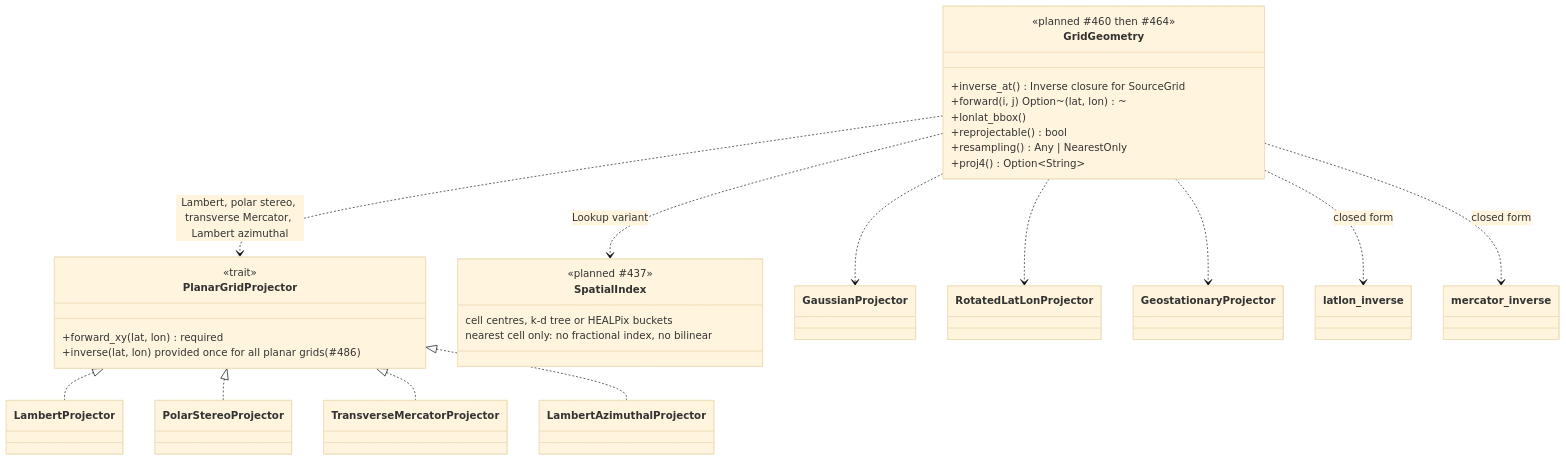
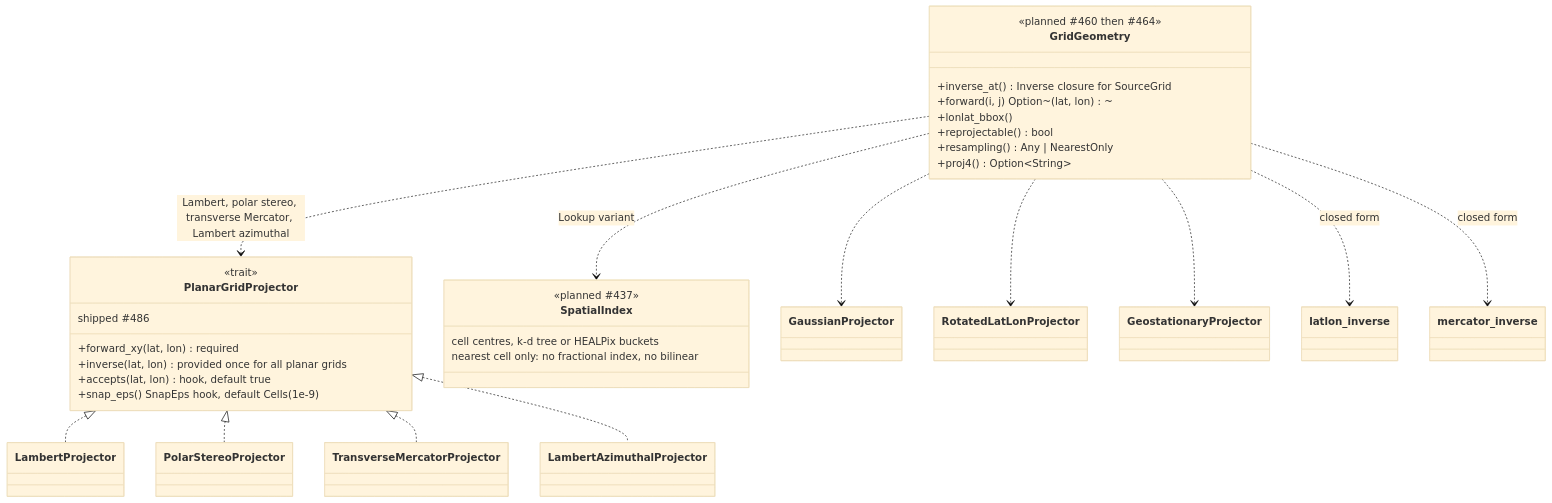
Before and after one commit to D0ubleD0uble/fieldglass: the first of 5 diagrams in docs/architecture/planned/02-trait-seams.md, drawn with Mermaid (base theme). The commit also changed other lines of this file and 1 other file, not shown here.

First line of the commit message:
test(core): one table drives every planar-inverse check; cover asymmetric spacing

````diff
--- a/docs/architecture/planned/02-trait-seams.md
+++ b/docs/architecture/planned/02-trait-seams.md
@@ -19,34 +19,37 @@
 ```mermaid
 classDiagram
     class GridGeometry {
         <<planned #460 then #464>>
         +inverse_at() Inverse closure for SourceGrid
         +forward(i, j) Option~(lat, lon)~
         +lonlat_bbox()
         +reprojectable() bool
         +resampling() Any | NearestOnly
         +proj4() Option~String~
     }
     class PlanarGridProjector {
         <<trait>>
+        shipped #486
         +forward_xy(lat, lon) required
-        +inverse(lat, lon) provided once for all planar grids (#486)
+        +inverse(lat, lon) provided once for all planar grids
+        +accepts(lat, lon) hook, default true
+        +snap_eps() SnapEps hook, default Cells(1e-9)
     }
     class SpatialIndex {
         <<planned #437>>
         cell centres, k-d tree or HEALPix buckets
         nearest cell only: no fractional index, no bilinear
     }
 
     GridGeometry ..> PlanarGridProjector : Lambert, polar stereo, transverse Mercator, Lambert azimuthal
     GridGeometry ..> GaussianProjector
     GridGeometry ..> RotatedLatLonProjector
     GridGeometry ..> GeostationaryProjector
     GridGeometry ..> latlon_inverse : closed form
     GridGeometry ..> mercator_inverse : closed form
     GridGeometry ..> SpatialIndex : Lookup variant
     PlanarGridProjector <|.. LambertProjector
     PlanarGridProjector <|.. PolarStereoProjector
     PlanarGridProjector <|.. TransverseMercatorProjector
     PlanarGridProjector <|.. LambertAzimuthalProjector
 ```
````
